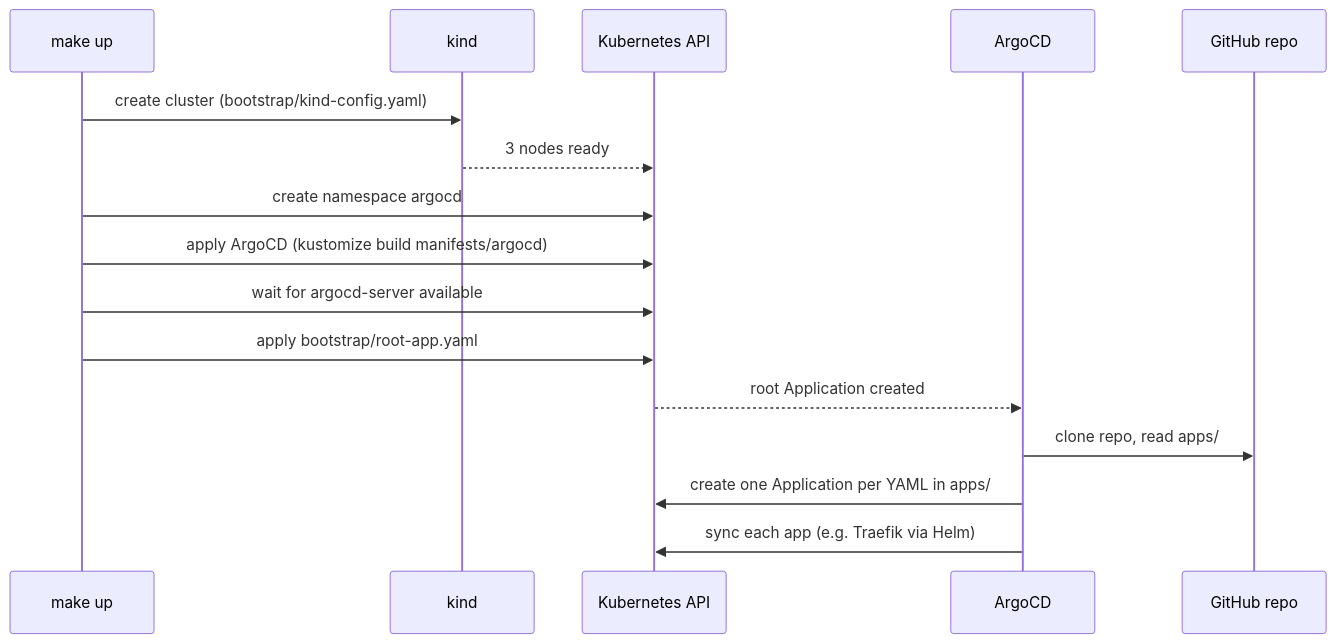
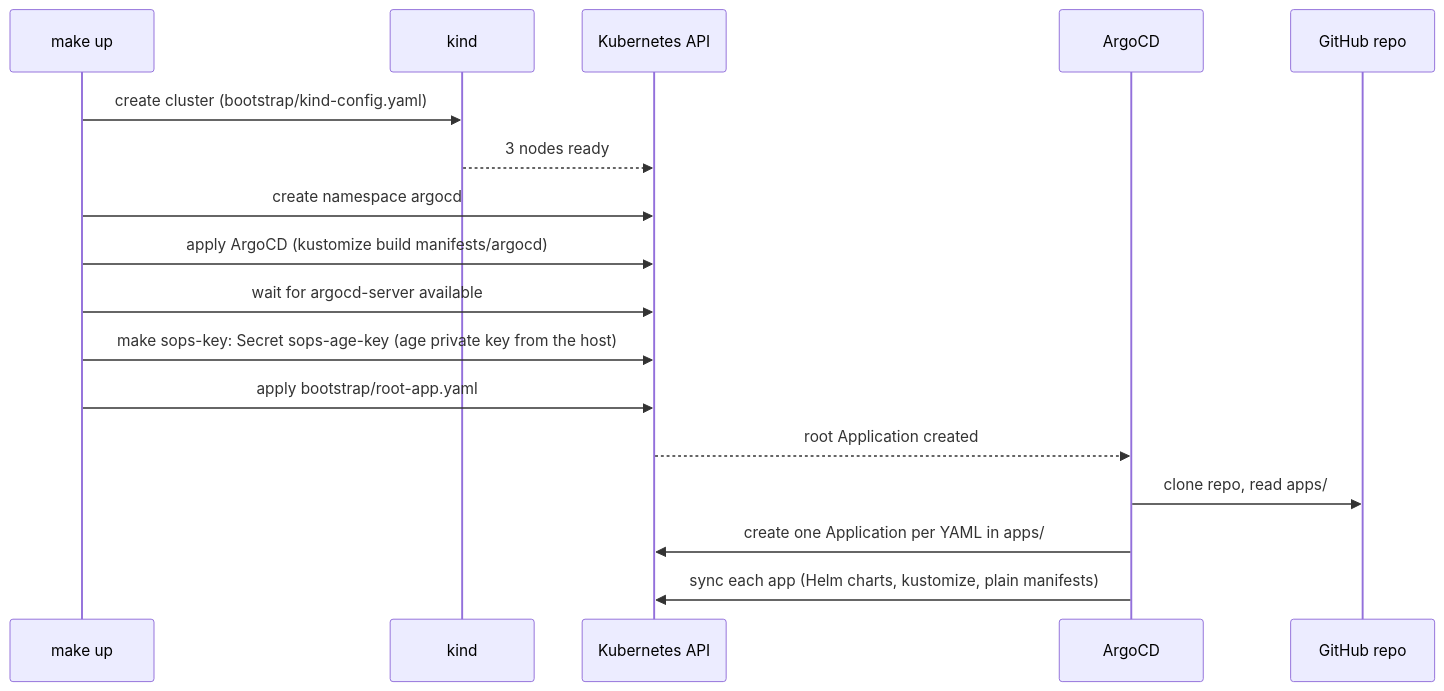
Before and after one commit to pablofc18/homelab-gitops: the second of 8 diagrams in docs/architecture.md, drawn with Mermaid. The commit also changed other lines of this file and 1 other file, not shown here.

Commit message:
docs: refresh diagrams and docs to match the current stack

````diff
--- a/docs/architecture.md
+++ b/docs/architecture.md
@@ -58,19 +61,20 @@
 ```mermaid
 sequenceDiagram
     participant Me as make up
     participant Kind as kind
     participant K8s as Kubernetes API
     participant Argo as ArgoCD
     participant Git as GitHub repo
 
     Me->>Kind: create cluster (bootstrap/kind-config.yaml)
     Kind-->>K8s: 3 nodes ready
     Me->>K8s: create namespace argocd
     Me->>K8s: apply ArgoCD (kustomize build manifests/argocd)
     Me->>K8s: wait for argocd-server available
+    Me->>K8s: make sops-key: Secret sops-age-key (age private key from the host)
     Me->>K8s: apply bootstrap/root-app.yaml
     K8s-->>Argo: root Application created
     Argo->>Git: clone repo, read apps/
     Argo->>K8s: create one Application per YAML in apps/
-    Argo->>K8s: sync each app (e.g. Traefik via Helm)
+    Argo->>K8s: sync each app (Helm charts, kustomize, plain manifests)
 ```
````
